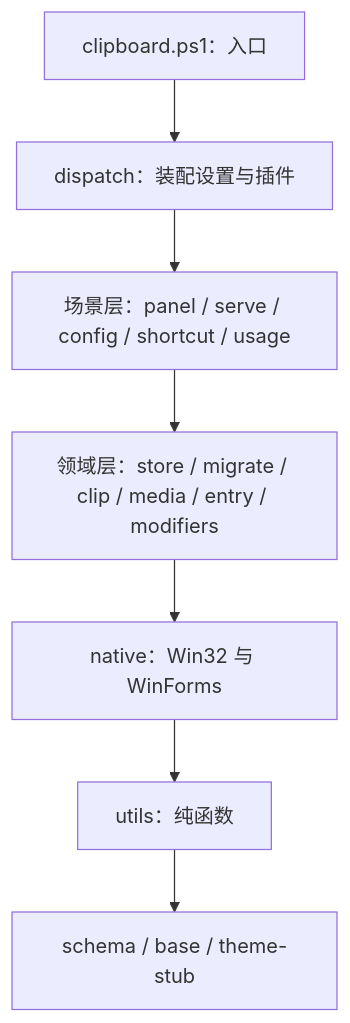
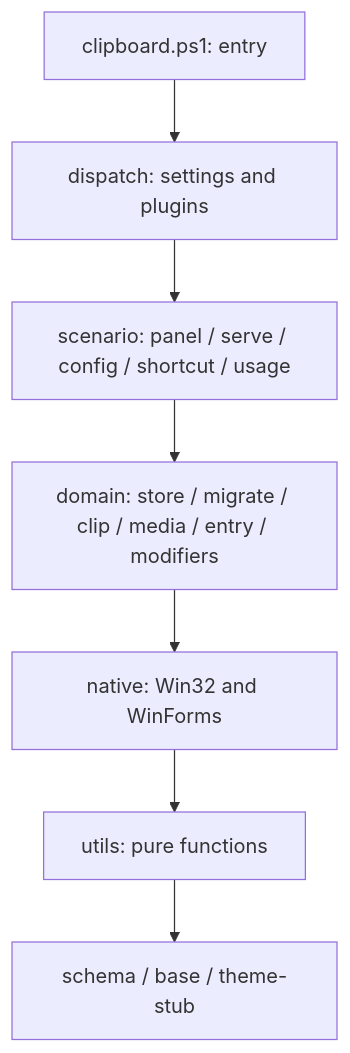
Before and after one commit to Xu22Web/clipboard: the second of 2 diagrams in README.md, drawn with Mermaid. The commit also changed other lines of this file and 22 other files, not shown here.

````diff
--- a/README.md
+++ b/README.md
@@ -781,9 +784,9 @@
 ```mermaid
 flowchart TD
-  E[clipboard.ps1：入口] --> D[dispatch：装配设置与插件]
-  D --> S[场景层：panel / serve / config / shortcut / usage]
-  S --> M[领域层：store / migrate / clip / media / entry / modifiers]
-  M --> N[native：Win32 与 WinForms]
-  N --> U[utils：纯函数]
+  E[clipboard.ps1: entry] --> D[dispatch: settings and plugins]
+  D --> S[scenario: panel / serve / config / shortcut / usage]
+  S --> M[domain: store / migrate / clip / media / entry / modifiers]
+  M --> N[native: Win32 and WinForms]
+  N --> U[utils: pure functions]
   U --> B[schema / base / theme-stub]
 ```
````
